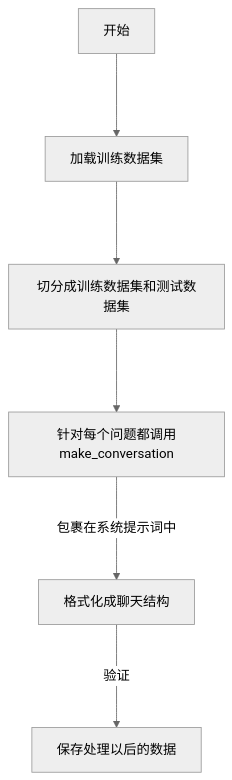
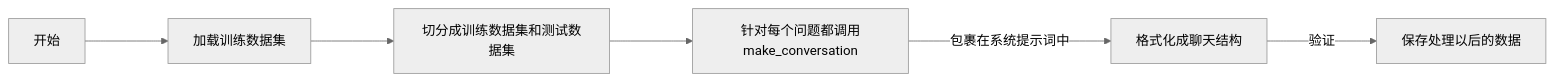
One commit to confucianzuoyuan/rl-tutorial changed diagram 26 of 32 in README.md. Above: the diagram before and after it, drawn with Mermaid (neutral theme). The commit also changed other lines of this file and 1 other file, not shown here.

````diff
--- a/README.md
+++ b/README.md
@@ -4885,5 +4926,5 @@
 ```mermaid
-graph TB
+graph LR
     A["开始"] ---> B["加载训练数据集"] ---> C["切分成训练数据集和测试数据集"] ---> D["针对每个问题都调用make_conversation"]
     D -- 包裹在系统提示词中 ---> E["格式化成聊天结构"] -- 验证 ---> F["保存处理以后的数据"]
 ```
````
